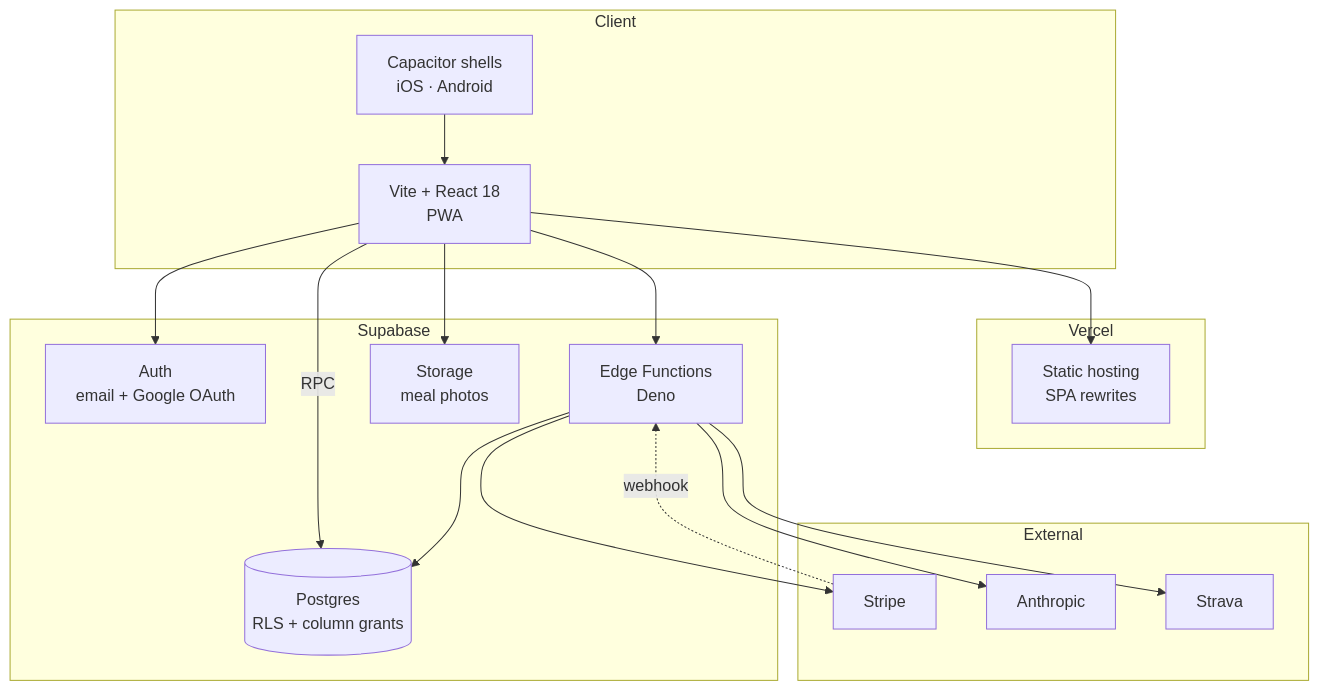
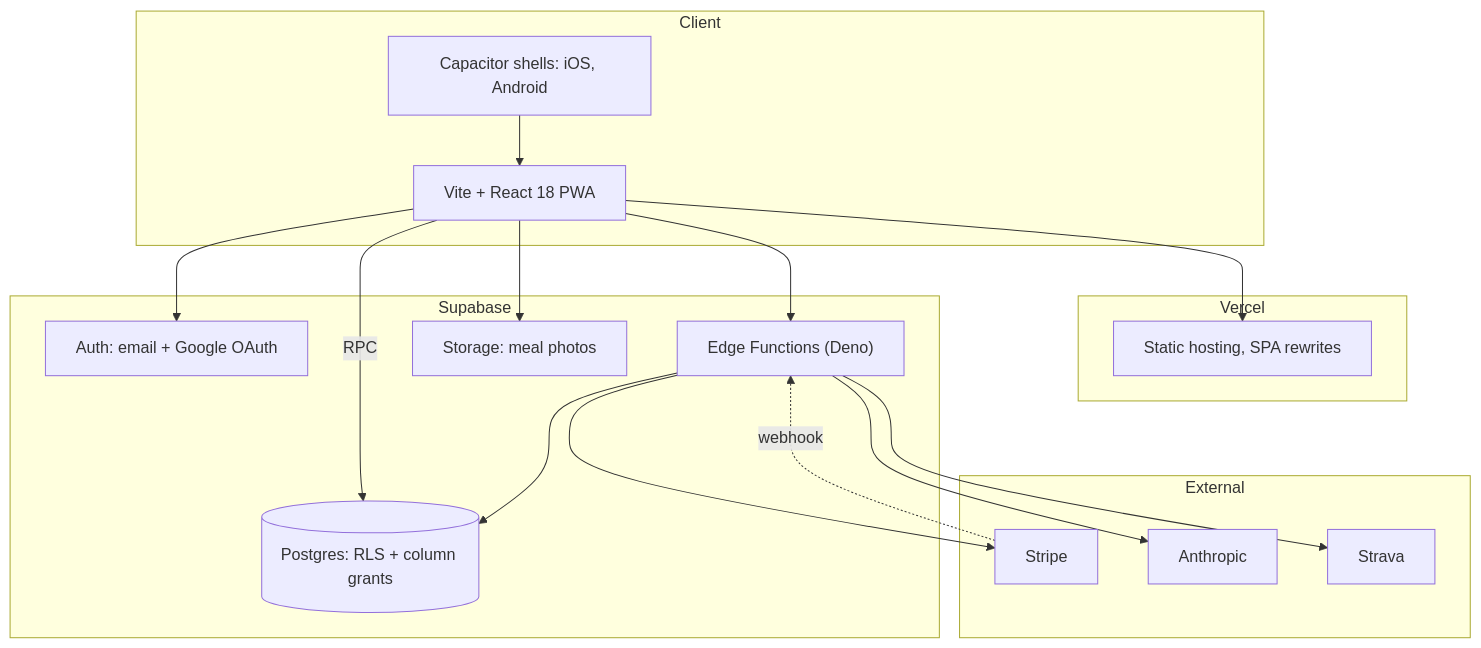
The second of 2 diagrams in README.md (muhammet-tm/gamefit-app), drawn with Mermaid before and after one commit.

Commit message:
docs(readme): single-line mermaid labels
GitHub's mermaid strips <br/> in flowchart node labels the same way it
does in sequence notes, so 'Vite + React 18<br/>PWA' rendered as
'Vite + React 18PWA'. Caught by screenshotting the rendered diagram.

````diff
--- a/README.md
+++ b/README.md
@@ -94,33 +94,33 @@
 ```mermaid
 flowchart TB
     subgraph client [Client]
-        W[Vite + React 18<br/>PWA]
-        N[Capacitor shells<br/>iOS · Android]
+        W["Vite + React 18 PWA"]
+        N["Capacitor shells: iOS, Android"]
     end
     subgraph vercel [Vercel]
-        H[Static hosting<br/>SPA rewrites]
+        H["Static hosting, SPA rewrites"]
     end
     subgraph supabase [Supabase]
-        A[Auth<br/>email + Google OAuth]
-        P[(Postgres<br/>RLS + column grants)]
-        F[Edge Functions<br/>Deno]
-        S[Storage<br/>meal photos]
+        A["Auth: email + Google OAuth"]
+        P[("Postgres: RLS + column grants")]
+        F["Edge Functions (Deno)"]
+        S["Storage: meal photos"]
     end
     subgraph external [External]
         ST[Stripe]
         AN[Anthropic]
         SV[Strava]
     end
 
     W --> H
     N --> W
     W --> A
     W -->|RPC| P
     W --> F
     F --> P
     F --> ST
     F --> AN
     F --> SV
     ST -.webhook.-> F
     W --> S
 ```
````
